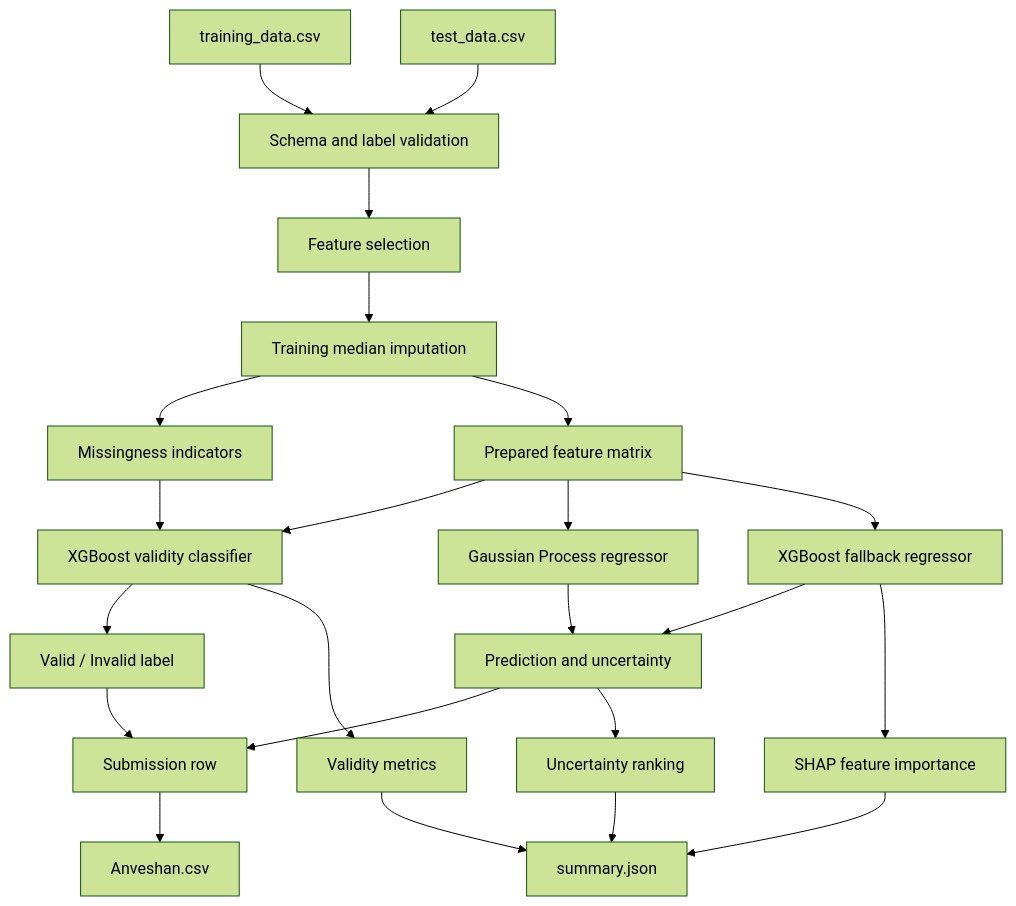
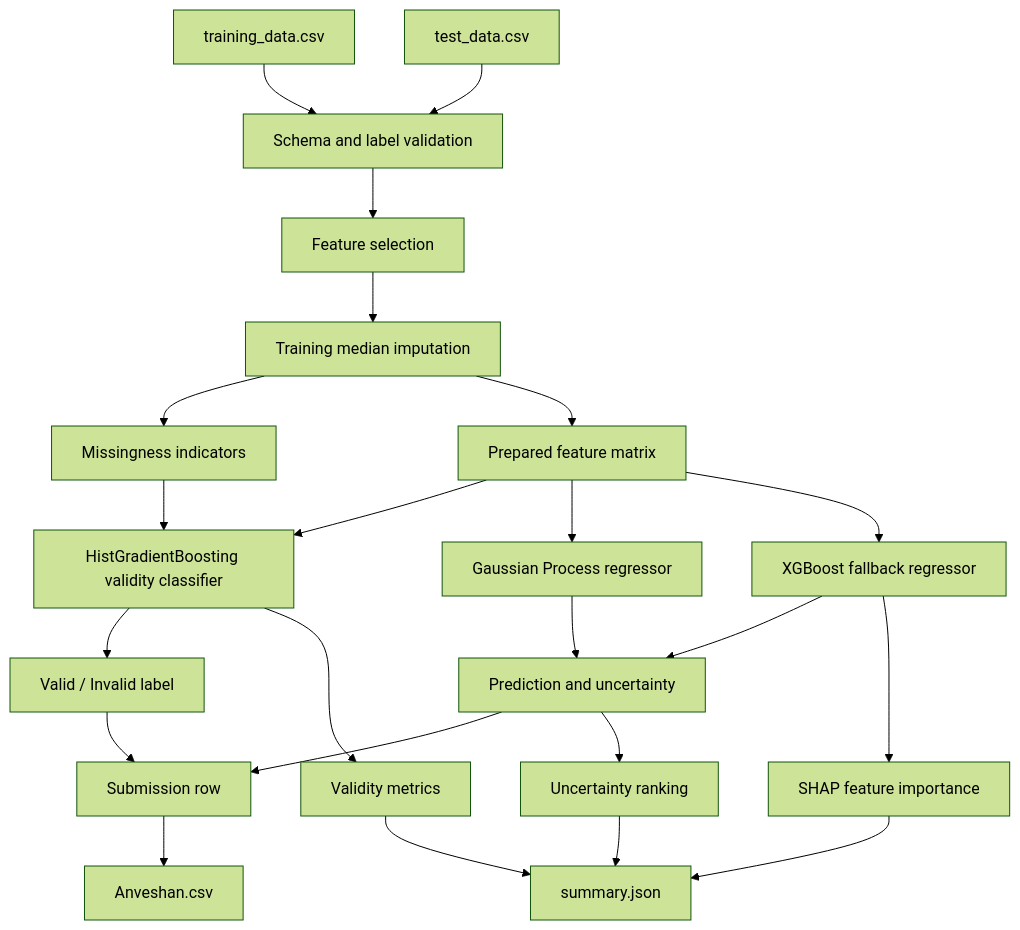
Before and after one commit to sharathprime10-coder/mit_hack: the first of 2 diagrams in ARCHITECTURE.md, drawn with Mermaid (forest theme). The commit also changed other lines of this file and 2 other files, not shown here.

Commit message:
Polish Anveshan release package

````diff
--- a/ARCHITECTURE.md
+++ b/ARCHITECTURE.md
@@ -17,25 +17,25 @@
 ```mermaid
 flowchart TD
     A[training_data.csv] --> B[Schema and label validation]
     C[test_data.csv] --> B
     B --> D[Feature selection]
     D --> E[Training median imputation]
     E --> F[Missingness indicators]
     E --> G[Prepared feature matrix]
-    F --> H[XGBoost validity classifier]
+    F --> H[HistGradientBoosting validity classifier]
     G --> H
     H --> I[Valid / Invalid label]
     G --> J[Gaussian Process regressor]
     G --> K[XGBoost fallback regressor]
     J --> L[Prediction and uncertainty]
     K --> L
     I --> M[Submission row]
     L --> M
     M --> N[Anveshan.csv]
     L --> O[Uncertainty ranking]
     H --> P[Validity metrics]
     K --> Q[SHAP feature importance]
     O --> R[summary.json]
     P --> R
     Q --> R
 ```
````
